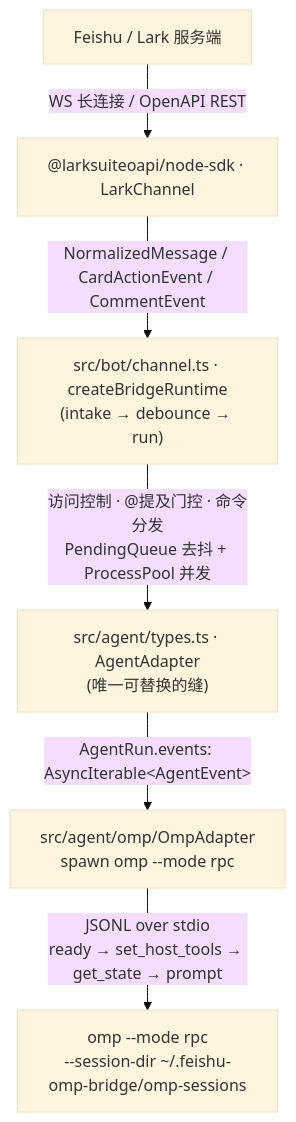
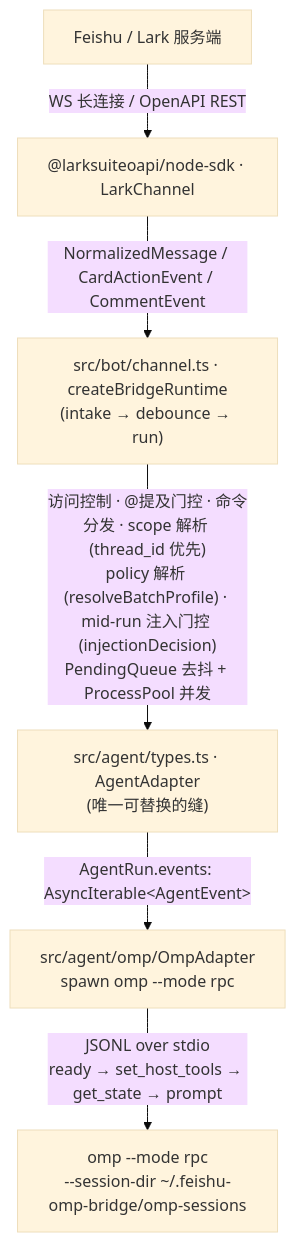
One commit to sorphwer/feishu-omp-bridge changed the diagram in how-it-works/README.md. Above: the diagram before and after it, drawn with Mermaid (base theme). The commit also changed other lines of this file and 12 other files, not shown here.

````diff
--- a/how-it-works/README.md
+++ b/how-it-works/README.md
@@ -19,14 +19,14 @@
 ```mermaid
 flowchart TD
   FS["Feishu / Lark 服务端"]
   SDK["@larksuiteoapi/node-sdk · LarkChannel"]
   CH["src/bot/channel.ts · createBridgeRuntime<br/>(intake → debounce → run)"]
   AD["src/agent/types.ts · AgentAdapter<br/>(唯一可替换的缝)"]
   OMP["src/agent/omp/OmpAdapter<br/>spawn omp --mode rpc"]
   PROC["omp --mode rpc<br/>--session-dir ~/.feishu-omp-bridge/omp-sessions"]
   FS -->|"WS 长连接 / OpenAPI REST"| SDK
   SDK -->|"NormalizedMessage / CardActionEvent / CommentEvent"| CH
-  CH -->|"访问控制 · @提及门控 · 命令分发<br/>PendingQueue 去抖 + ProcessPool 并发"| AD
+  CH -->|"访问控制 · @提及门控 · 命令分发 · scope 解析 (thread_id 优先)<br/>policy 解析 (resolveBatchProfile) · mid-run 注入门控 (injectionDecision)<br/>PendingQueue 去抖 + ProcessPool 并发"| AD
   AD -->|"AgentRun.events: AsyncIterable&lt;AgentEvent&gt;"| OMP
   OMP -->|"JSONL over stdio<br/>ready → set_host_tools → get_state → prompt"| PROC
 ```
````
